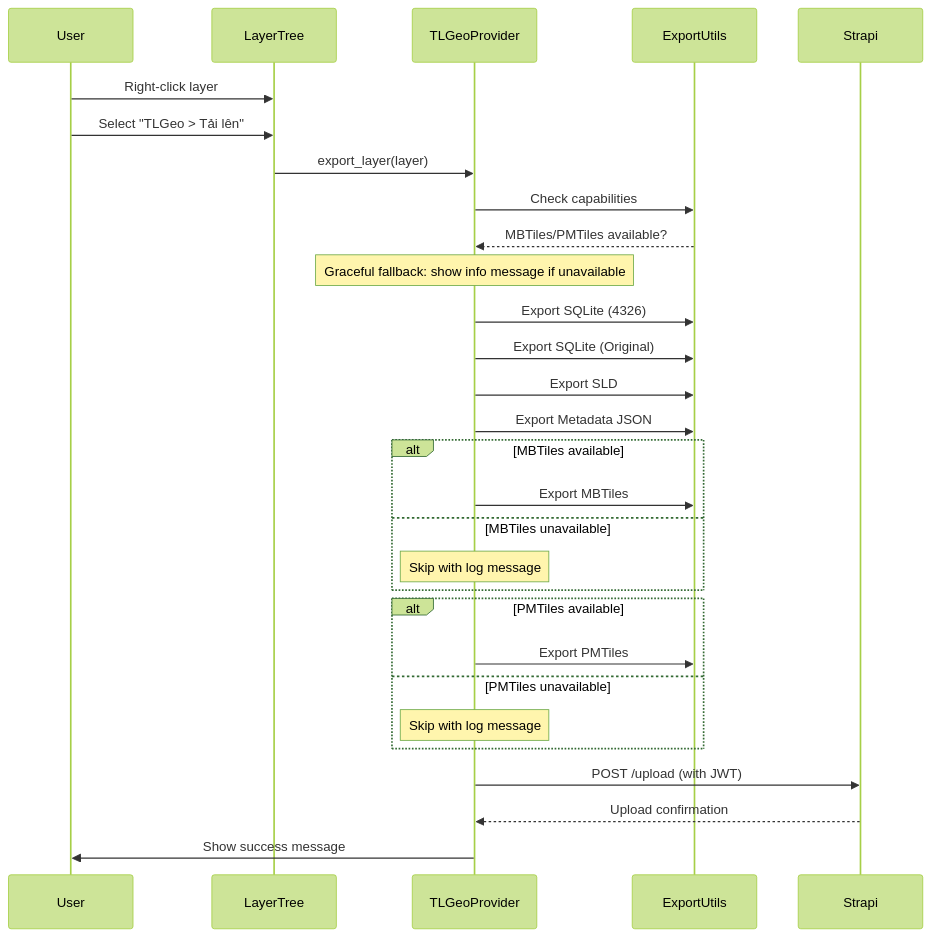
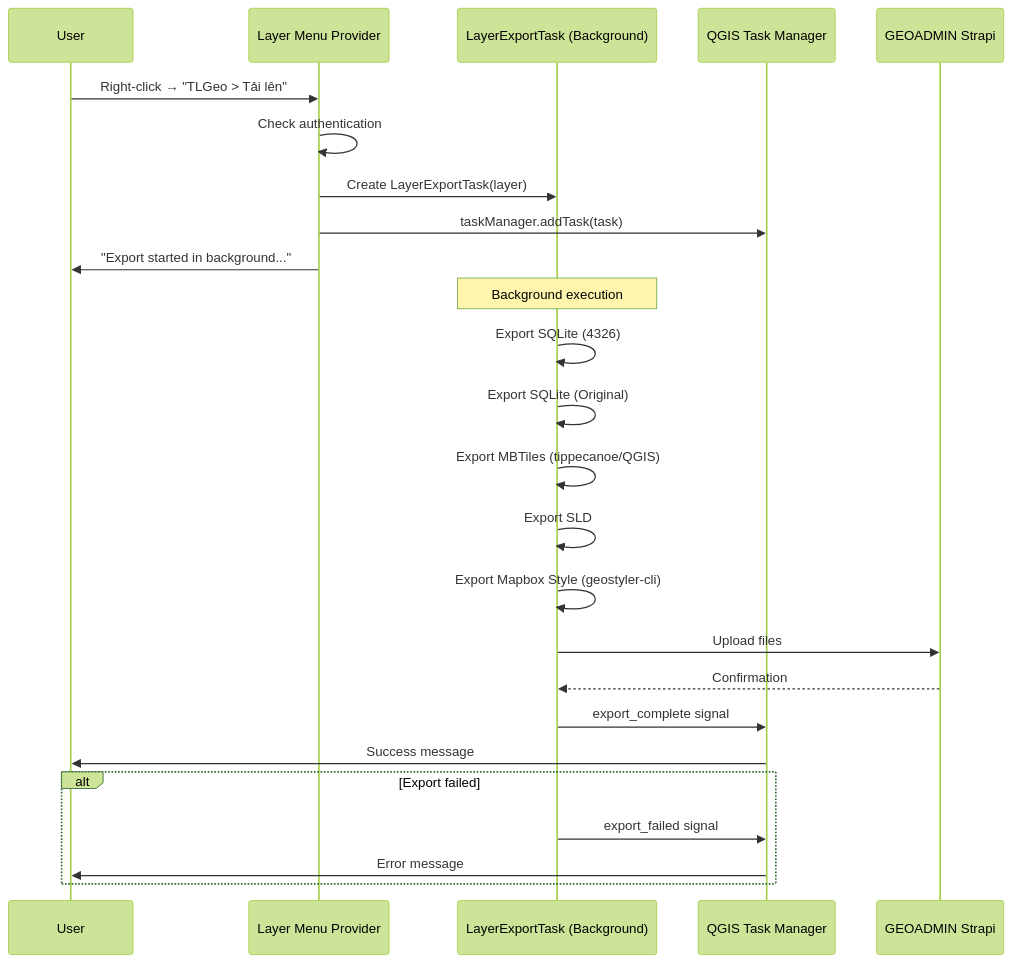
Before and after one commit to tlgeo/tlgeo2qgis: the third of 4 diagrams in docs/architecture/OVERVIEW.md, drawn with Mermaid (forest theme). The commit also changed other lines of this file and 13 other files, not shown here.

Commit message:
feat: layer export task, extract files converters

````diff
--- a/docs/architecture/OVERVIEW.md
+++ b/docs/architecture/OVERVIEW.md
@@ -113,32 +124,31 @@
 ```mermaid
 sequenceDiagram
     participant User
-    participant LayerTree
-    participant TLGeoProvider
-    participant ExportUtils
-    participant Strapi
+    participant Menu as Layer Menu Provider
+    participant Task as LayerExportTask (Background)
+    participant QGIS as QGIS Task Manager
+    participant Strapi as GEOADMIN Strapi
 
-    User->>LayerTree: Right-click layer
-    User->>LayerTree: Select "TLGeo > Tải lên"
-    LayerTree->>TLGeoProvider: export_layer(layer)
-    TLGeoProvider->>ExportUtils: Check capabilities
-    ExportUtils-->>TLGeoProvider: MBTiles/PMTiles available?
-    Note over TLGeoProvider: Graceful fallback: show info message if unavailable
-    TLGeoProvider->>ExportUtils: Export SQLite (4326)
-    TLGeoProvider->>ExportUtils: Export SQLite (Original)
-    TLGeoProvider->>ExportUtils: Export SLD
-    TLGeoProvider->>ExportUtils: Export Metadata JSON
-    alt MBTiles available
-        TLGeoProvider->>ExportUtils: Export MBTiles
-    else MBTiles unavailable
-        Note over TLGeoProvider: Skip with log message
+    User->>Menu: Right-click → "TLGeo > Tải lên"
+    Menu->>Menu: Check authentication
+    Menu->>Task: Create LayerExportTask(layer)
+    Menu->>QGIS: taskManager.addTask(task)
+    Menu->>User: "Export started in background..."
+    
+    Note over Task: Background execution
+    Task->>Task: Export SQLite (4326)
+    Task->>Task: Export SQLite (Original)
+    Task->>Task: Export MBTiles (tippecanoe/QGIS)
+    Task->>Task: Export SLD
+    Task->>Task: Export Mapbox Style (geostyler-cli)
+    Task->>Strapi: Upload files
+    Strapi-->>Task: Confirmation
+    
+    Task->>QGIS: export_complete signal
+    QGIS->>User: Success message
+    
+    alt Export failed
+        Task->>QGIS: export_failed signal
+        QGIS->>User: Error message
     end
-    alt PMTiles available
-        TLGeoProvider->>ExportUtils: Export PMTiles
-    else PMTiles unavailable
-        Note over TLGeoProvider: Skip with log message
-    end
-    TLGeoProvider->>Strapi: POST /upload (with JWT)
-    Strapi-->>TLGeoProvider: Upload confirmation
-    TLGeoProvider->>User: Show success message
 ```
````
